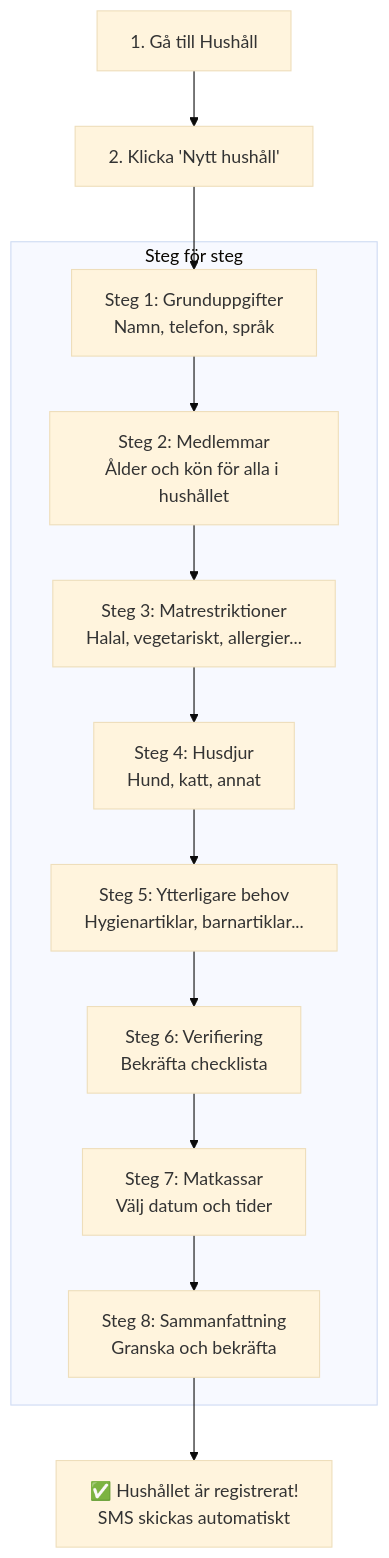
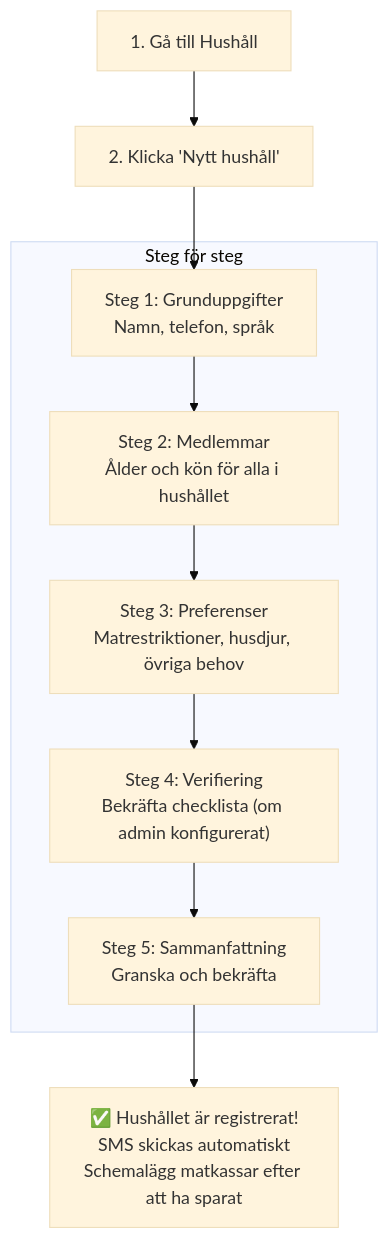
Before and after one commit to Vasteras-Stadsmission/matkassen: the third of 5 diagrams in docs/anvandarguide-sv.md, drawn with Mermaid (base theme). The commit also changed 6 other files, not shown here.

````diff
--- a/docs/anvandarguide-sv.md
+++ b/docs/anvandarguide-sv.md
@@ -104,20 +104,17 @@
 ```mermaid
 flowchart TD
     H1["1. Gå till Hushåll"]
     H2["2. Klicka 'Nytt hushåll'"]
 
     subgraph Steg för steg
         S1["Steg 1: Grunduppgifter<br/>Namn, telefon, språk"]
         S2["Steg 2: Medlemmar<br/>Ålder och kön för alla i hushållet"]
-        S3["Steg 3: Matrestriktioner<br/>Halal, vegetariskt, allergier..."]
-        S4["Steg 4: Husdjur<br/>Hund, katt, annat"]
-        S5["Steg 5: Ytterligare behov<br/>Hygienartiklar, barnartiklar..."]
-        S6["Steg 6: Verifiering<br/>Bekräfta checklista"]
-        S7["Steg 7: Matkassar<br/>Välj datum och tider"]
-        S8["Steg 8: Sammanfattning<br/>Granska och bekräfta"]
+        S3["Steg 3: Preferenser<br/>Matrestriktioner, husdjur, övriga behov"]
+        S4["Steg 4: Verifiering<br/>Bekräfta checklista (om admin konfigurerat)"]
+        S5["Steg 5: Sammanfattning<br/>Granska och bekräfta"]
     end
 
-    H1 --> H2 --> S1 --> S2 --> S3 --> S4 --> S5 --> S6 --> S7 --> S8
+    H1 --> H2 --> S1 --> S2 --> S3 --> S4 --> S5
 
-    S8 --> Klar["✅ Hushållet är registrerat!<br/>SMS skickas automatiskt"]
+    S5 --> Klar["✅ Hushållet är registrerat!<br/>SMS skickas automatiskt<br/>Schemalägg matkassar efter att ha sparat"]
 ```
````
